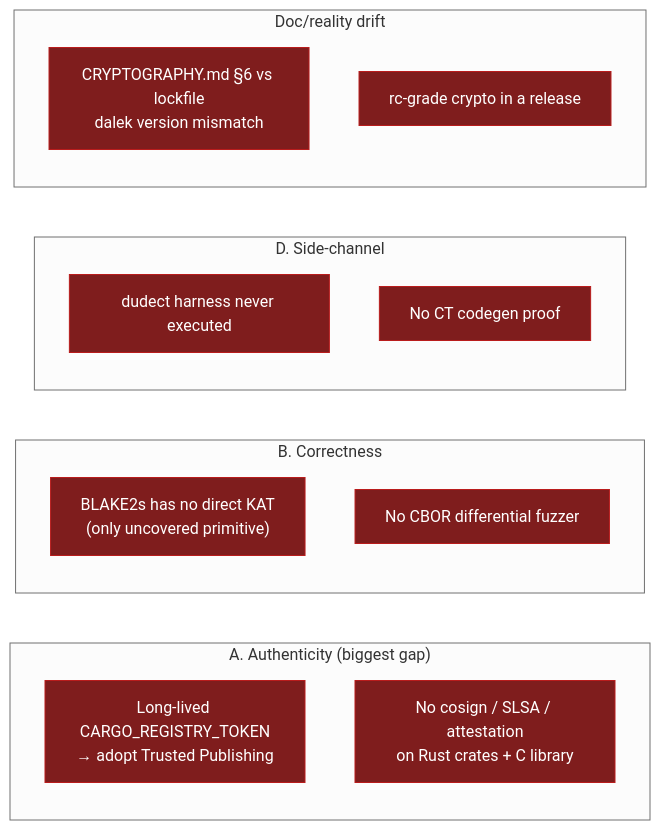
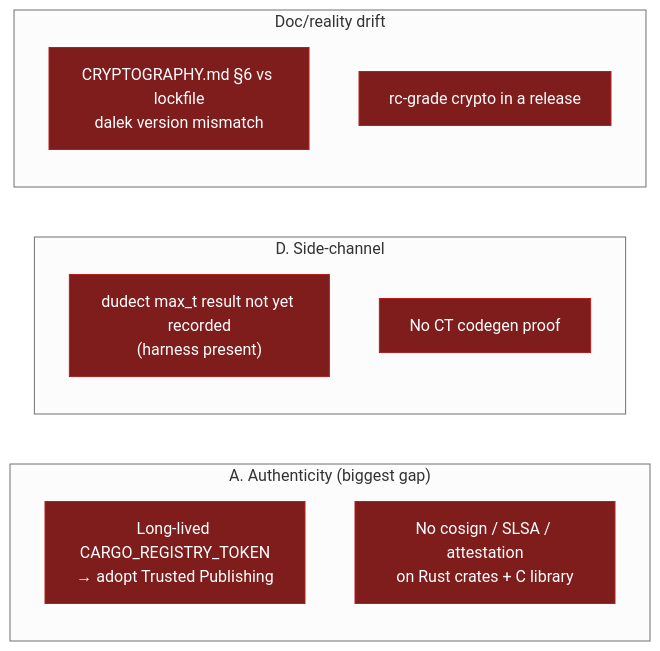
Before and after one commit to GeiserX/tailscale-rs: the second of 2 diagrams in docs/CRYPTO_VERIFICATION_STATUS.md, drawn with Mermaid (neutral theme). The commit also changed other lines of this file and 6 other files, not shown here.

````diff
--- a/docs/CRYPTO_VERIFICATION_STATUS.md
+++ b/docs/CRYPTO_VERIFICATION_STATUS.md
@@ -161,22 +190,18 @@
 ```mermaid
 flowchart LR
     subgraph A["A. Authenticity (biggest gap)"]
         A1["Long-lived CARGO_REGISTRY_TOKEN<br/>→ adopt Trusted Publishing"]
         A2["No cosign / SLSA / attestation<br/>on Rust crates + C library"]
     end
-    subgraph B["B. Correctness"]
-        B1["BLAKE2s has no direct KAT<br/>(only uncovered primitive)"]
-        B2["No CBOR differential fuzzer"]
-    end
     subgraph D["D. Side-channel"]
-        D1["dudect harness never executed"]
+        D1["dudect max_t result not yet recorded<br/>(harness present)"]
         D2["No CT codegen proof"]
     end
     subgraph X["Doc/reality drift"]
         X1["CRYPTOGRAPHY.md §6 vs lockfile<br/>dalek version mismatch"]
         X2["rc-grade crypto in a release"]
     end
 
     classDef gap fill:#7f1d1d,color:#fff,stroke:#b91c1c;
-    class A1,A2,B1,B2,D1,D2,X1,X2 gap;
+    class A1,A2,D1,D2,X1,X2 gap;
 ```
````
